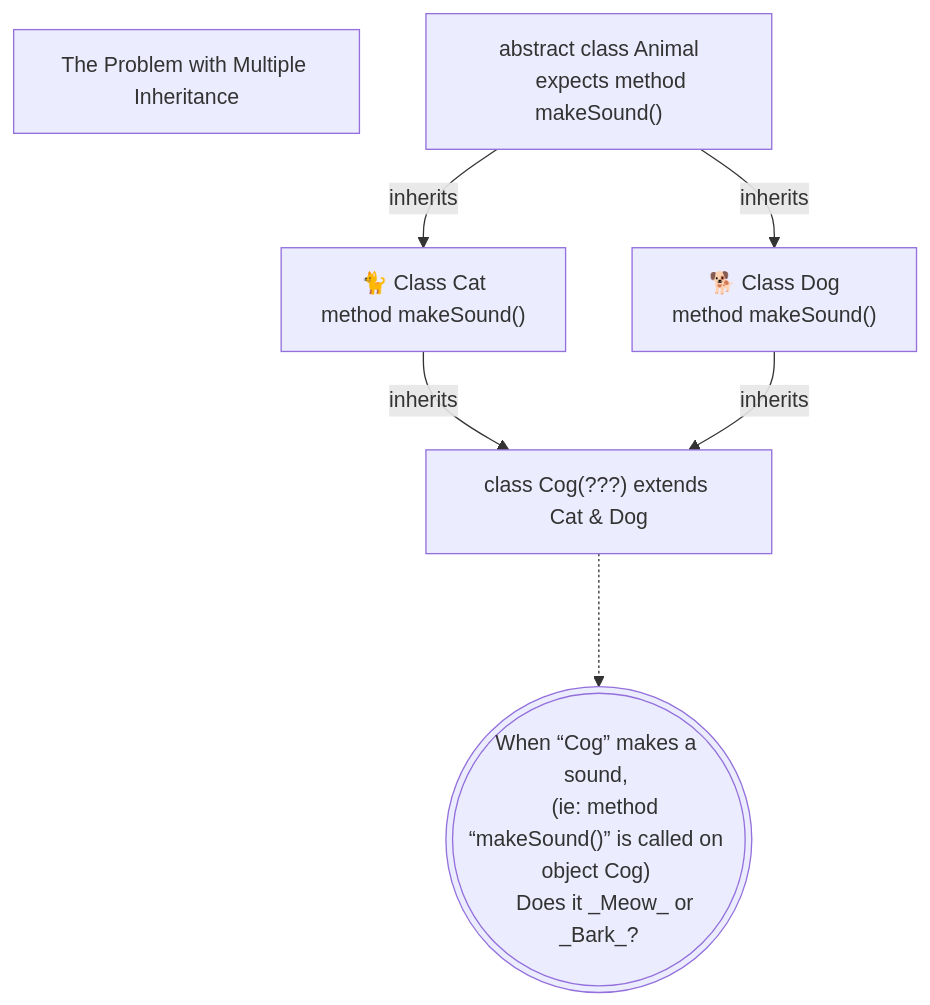
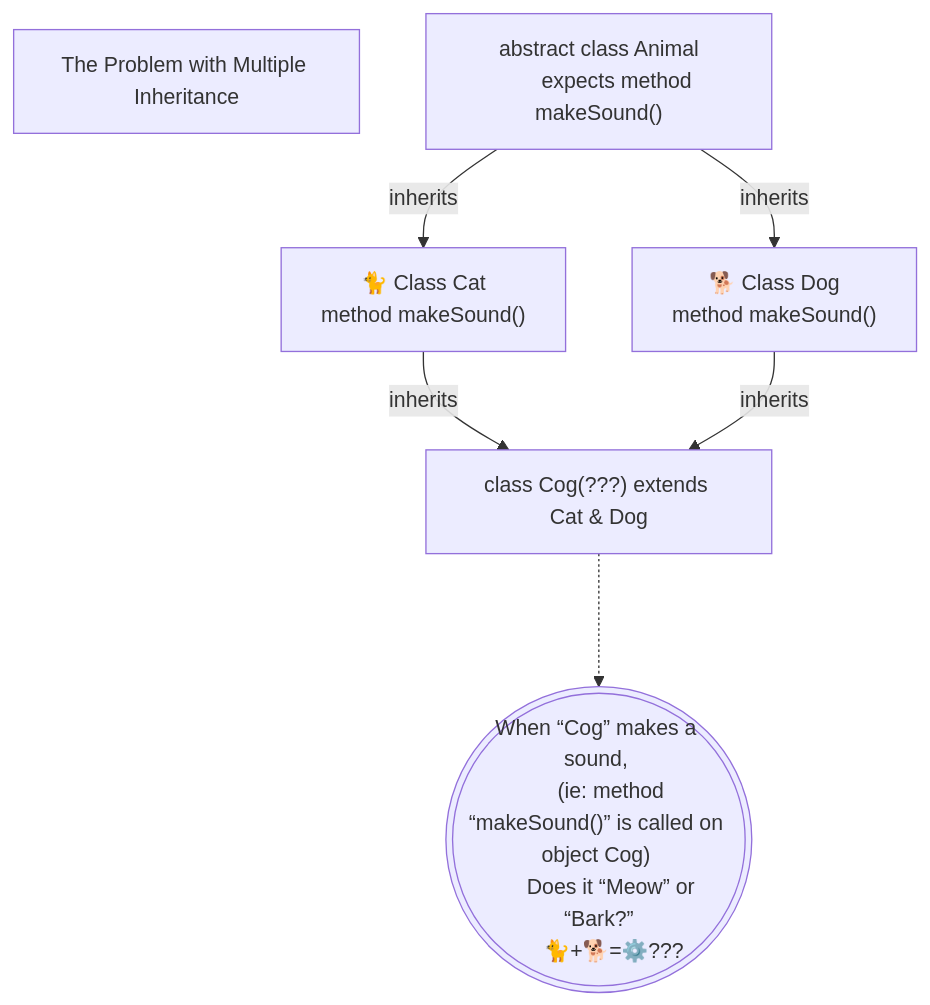
One commit to realityexpander/How_to_program_from_ground_up changed the sixth of 6 diagrams in 09-ClassOrientedProgramming.md. Above: the diagram before and after it, drawn with Mermaid.

Commit message:
Add Emoji spaces

````diff
--- a/09-ClassOrientedProgramming.md
+++ b/09-ClassOrientedProgramming.md
@@ -713,17 +713,19 @@
     ```mermaid
       flowchart TD
          X["The Problem with Multiple Inheritance"]
          Animal["
            abstract class Animal
            expects method makeSound()
          "] -->|inherits| Cat["🐈 Class Cat
             method makeSound()
          "] & Dog["🐕 Class Dog
              method makeSound()
          "]-->|inherits| Cog???["class Cog(???) extends Cat & Dog"]
       
          Cog??? -..-> Y((("
          When “Cog” makes a sound, 
          (ie: method “makeSound()” is called on object Cog) 
-         Does it _Meow_ or _Bark_?"))) 
+         Does it “Meow” or “Bark?”"
+         🐈+🐕=⚙️???
+    ))) 
       ```
````
